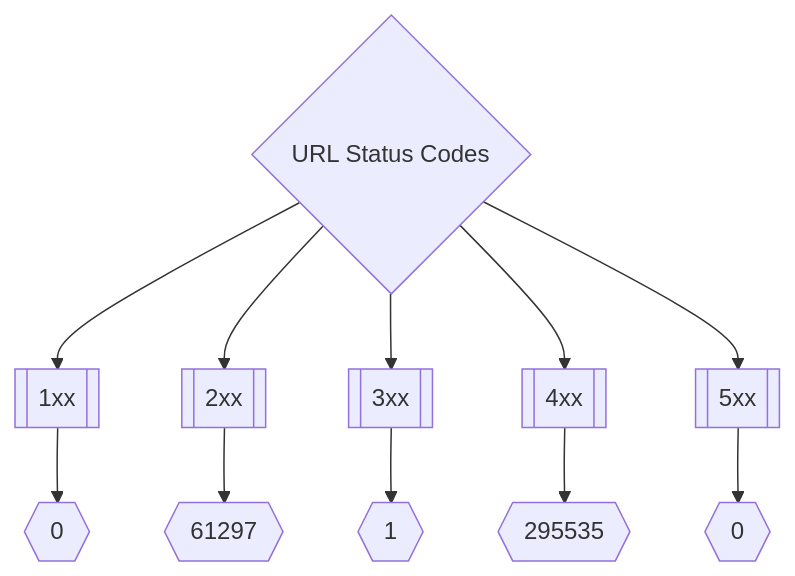
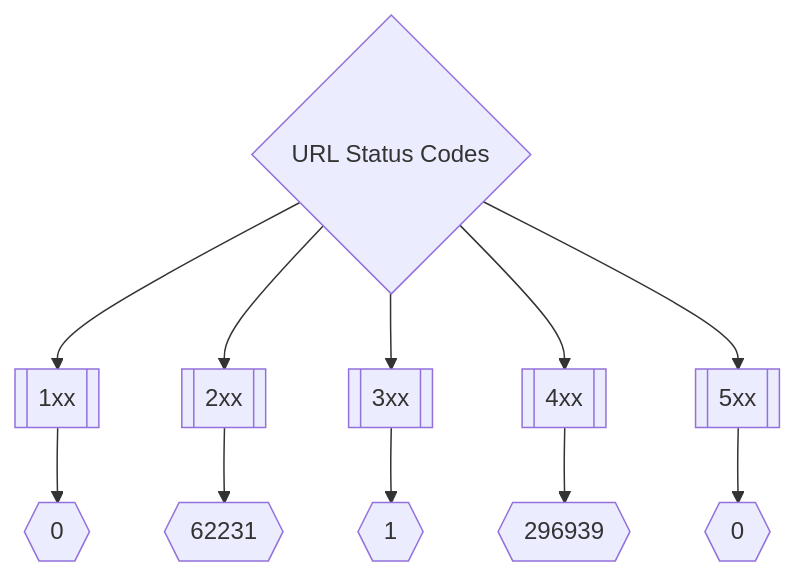
Before and after one commit to trickest/inventory: the second of 3 diagrams in README.md, drawn with Mermaid. The commit also changed other lines of this file and 251 other files, not shown here.

````diff
--- a/README.md
+++ b/README.md
@@ -173,8 +173,8 @@
 ```mermaid
 graph TD
 title{URL Status Codes} --> 1xx[[1xx]] --> status1xxNum{{0}}
-title --> 2xx[[2xx]] --> status2xxNum{{61297}}
+title --> 2xx[[2xx]] --> status2xxNum{{62231}}
 title --> 3xx[[3xx]] --> status3xxNum{{1}}
-title --> 4xx[[4xx]] --> status4xxNum{{295535}}
+title --> 4xx[[4xx]] --> status4xxNum{{296939}}
 title --> 5xx[[5xx]] --> status5xxNum{{0}}
 ```
````
